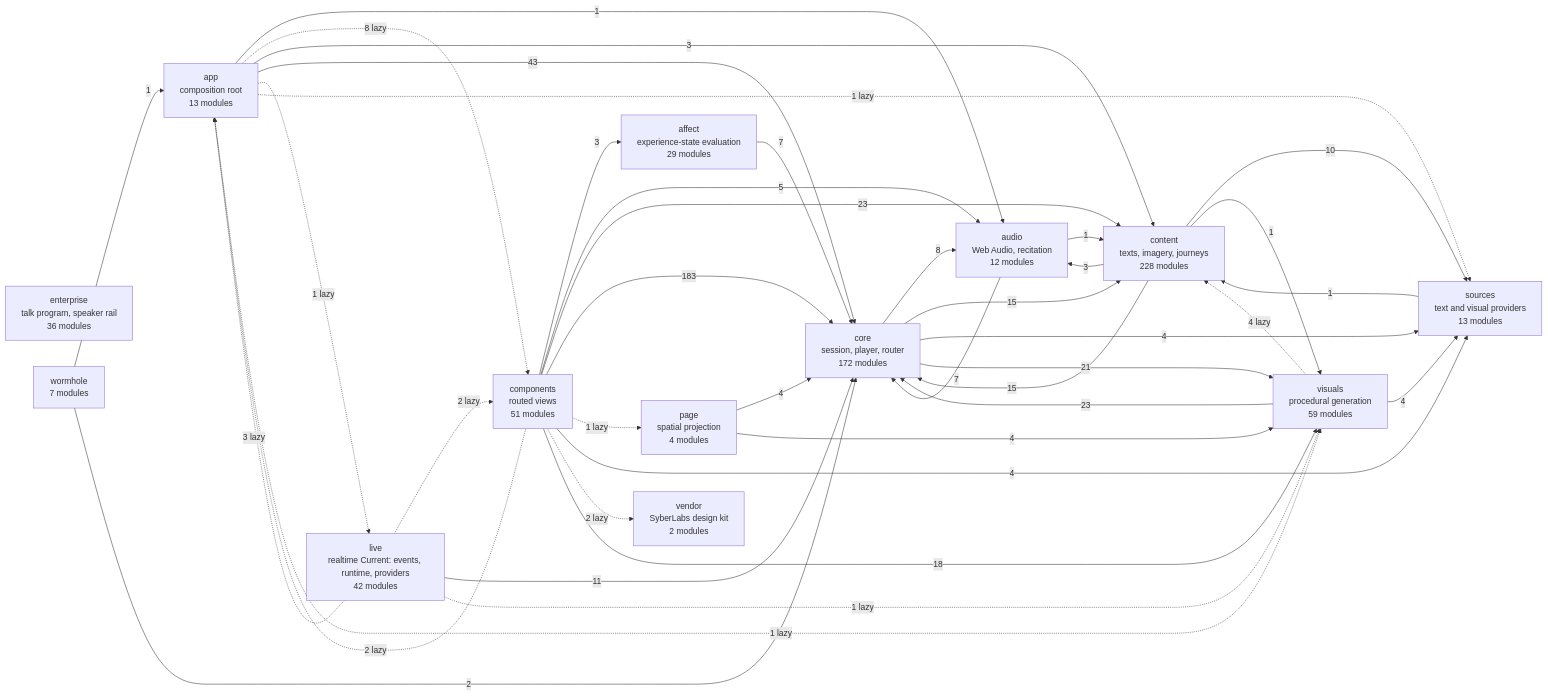
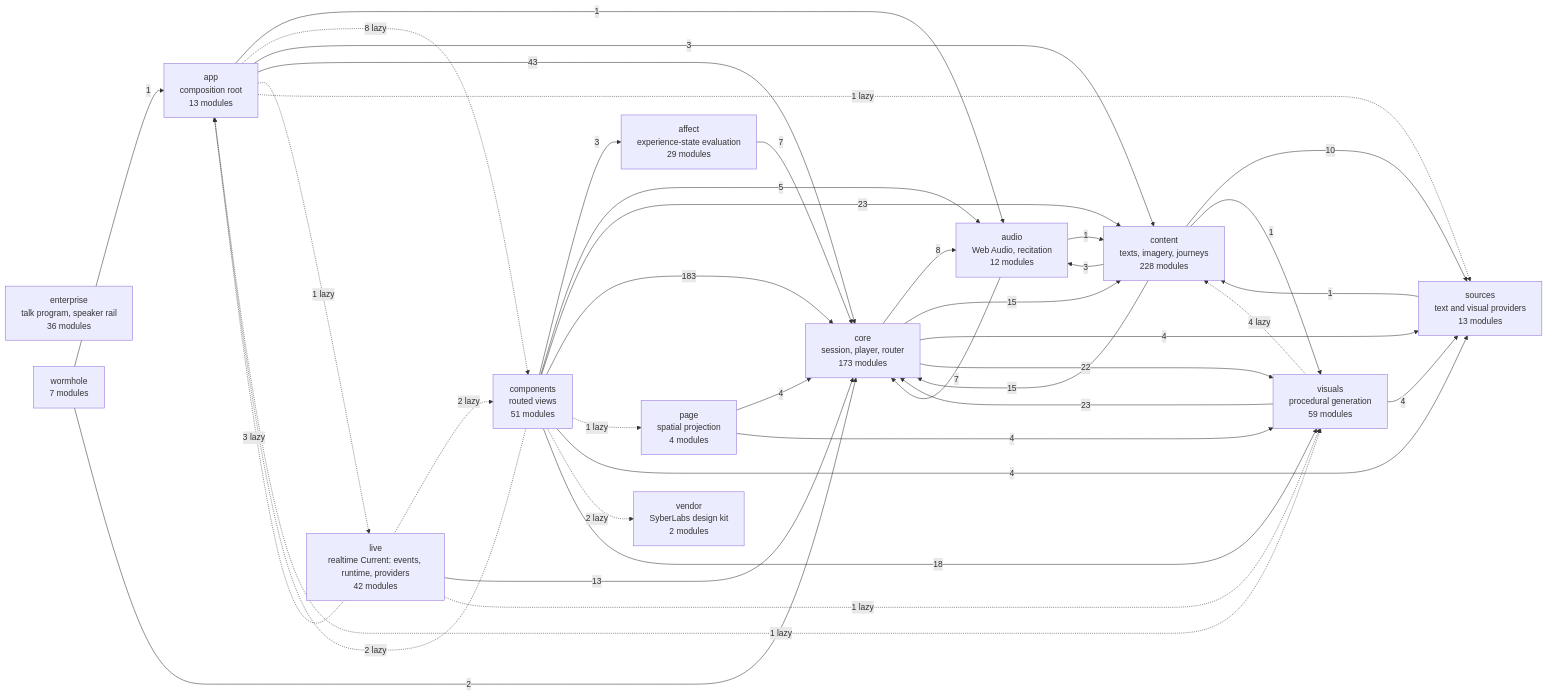
Before and after one commit to SyberLabs/RISE: the diagram in docs/specs/ARCHITECTURE.md, drawn with Mermaid.

Commit message:
SCR-002: regenerate the architecture diagram

````diff
--- a/docs/specs/ARCHITECTURE.md
+++ b/docs/specs/ARCHITECTURE.md
@@ -154,56 +154,56 @@
 ```mermaid
 flowchart LR
     affect["affect<br/>experience-state evaluation<br/>29 modules"]
     app["app<br/>composition root<br/>13 modules"]
     audio["audio<br/>Web Audio, recitation<br/>12 modules"]
     components["components<br/>routed views<br/>51 modules"]
     content["content<br/>texts, imagery, journeys<br/>228 modules"]
-    core["core<br/>session, player, router<br/>172 modules"]
+    core["core<br/>session, player, router<br/>173 modules"]
     enterprise["enterprise<br/>talk program, speaker rail<br/>36 modules"]
     live["live<br/>realtime Current: events, runtime, providers<br/>42 modules"]
     page["page<br/>spatial projection<br/>4 modules"]
     sources["sources<br/>text and visual providers<br/>13 modules"]
     vendor["vendor<br/>SyberLabs design kit<br/>2 modules"]
     visuals["visuals<br/>procedural generation<br/>59 modules"]
     wormhole["wormhole<br/>7 modules"]
 
     affect --> |7| core
     app --> |1| audio
     app -.-> |8 lazy| components
     app --> |3| content
     app --> |43| core
     app -.-> |1 lazy| live
     app -.-> |1 lazy| sources
     app -.-> |1 lazy| visuals
     audio --> |1| content
     audio --> |7| core
     components --> |3| affect
     components -.-> |2 lazy| app
     components --> |5| audio
     components --> |23| content
     components --> |183| core
     components -.-> |1 lazy| page
     components --> |4| sources
     components -.-> |2 lazy| vendor
     components --> |18| visuals
     content --> |3| audio
     content --> |15| core
     content --> |10| sources
     content --> |1| visuals
     core --> |8| audio
     core --> |15| content
     core --> |4| sources
-    core --> |21| visuals
+    core --> |22| visuals
     live -.-> |3 lazy| app
     live -.-> |2 lazy| components
-    live --> |11| core
+    live --> |13| core
     live -.-> |1 lazy| visuals
     page --> |4| core
     page --> |4| visuals
     sources --> |1| content
     visuals -.-> |4 lazy| content
     visuals --> |23| core
     visuals --> |4| sources
     wormhole --> |1| app
     wormhole --> |2| core
 ```
````
